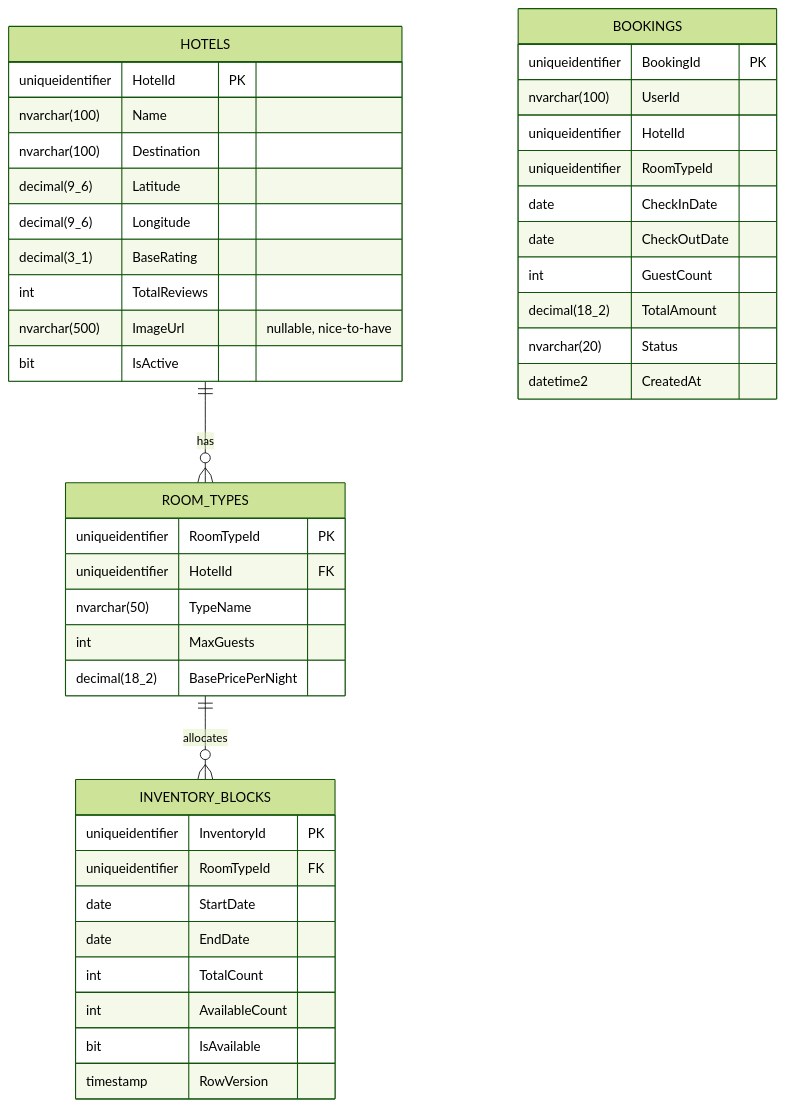
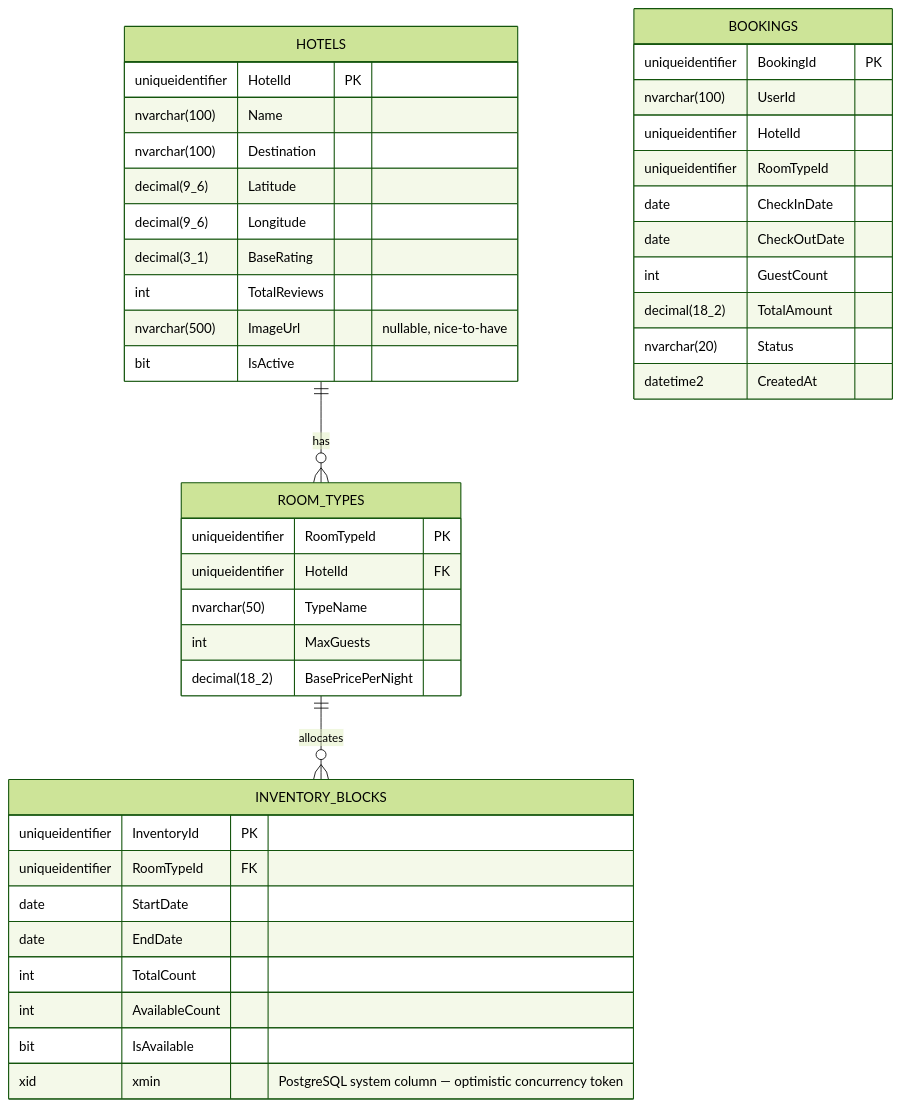
Before and after one commit to batusalcan/HotelBookingSystem: the diagram in docs/Database-Design-ER-Modeling.md, drawn with Mermaid (forest theme). The commit also changed other lines of this file and 22 other files, not shown here.

First line of the commit message:
feat: migrate HotelService from Azure SQL Server to Supabase PostgreSQL

````diff
--- a/docs/Database-Design-ER-Modeling.md
+++ b/docs/Database-Design-ER-Modeling.md
@@ -31,60 +31,60 @@
 ```mermaid
 erDiagram
 
     %% ==========================================
     %% CONTEXT A: Hotel Catalog & Inventory
     %% Owned by: Hotel Service (CatalogDbContext)
     %% ==========================================
 
     HOTELS ||--o{ ROOM_TYPES : "has"
     ROOM_TYPES ||--o{ INVENTORY_BLOCKS : "allocates"
 
     HOTELS {
         uniqueidentifier HotelId PK
         nvarchar(100) Name
         nvarchar(100) Destination
         decimal(9_6) Latitude
         decimal(9_6) Longitude
         decimal(3_1) BaseRating
         int TotalReviews
         nvarchar(500) ImageUrl "nullable, nice-to-have"
         bit IsActive
     }
 
     ROOM_TYPES {
         uniqueidentifier RoomTypeId PK
         uniqueidentifier HotelId FK
         nvarchar(50) TypeName
         int MaxGuests
         decimal(18_2) BasePricePerNight
     }
 
     INVENTORY_BLOCKS {
         uniqueidentifier InventoryId PK
         uniqueidentifier RoomTypeId FK
         date StartDate
         date EndDate
         int TotalCount
         int AvailableCount
         bit IsAvailable
-        timestamp RowVersion
+        xid xmin "PostgreSQL system column — optimistic concurrency token"
     }
 
     %% ==========================================
     %% CONTEXT B: Reservations
     %% Owned by: Hotel Service (BookingDbContext)
     %% ==========================================
 
     BOOKINGS {
         uniqueidentifier BookingId PK
         nvarchar(100) UserId
         uniqueidentifier HotelId
         uniqueidentifier RoomTypeId
         date CheckInDate
         date CheckOutDate
         int GuestCount
         decimal(18_2) TotalAmount
         nvarchar(20) Status
         datetime2 CreatedAt
     }
 ```
````
